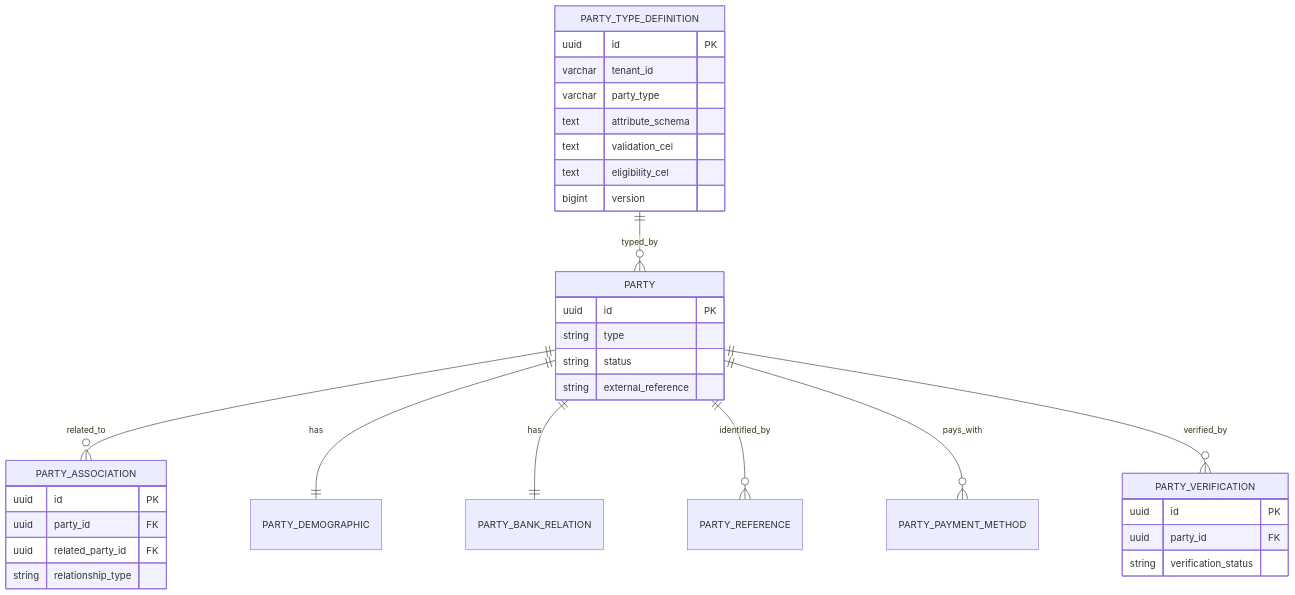
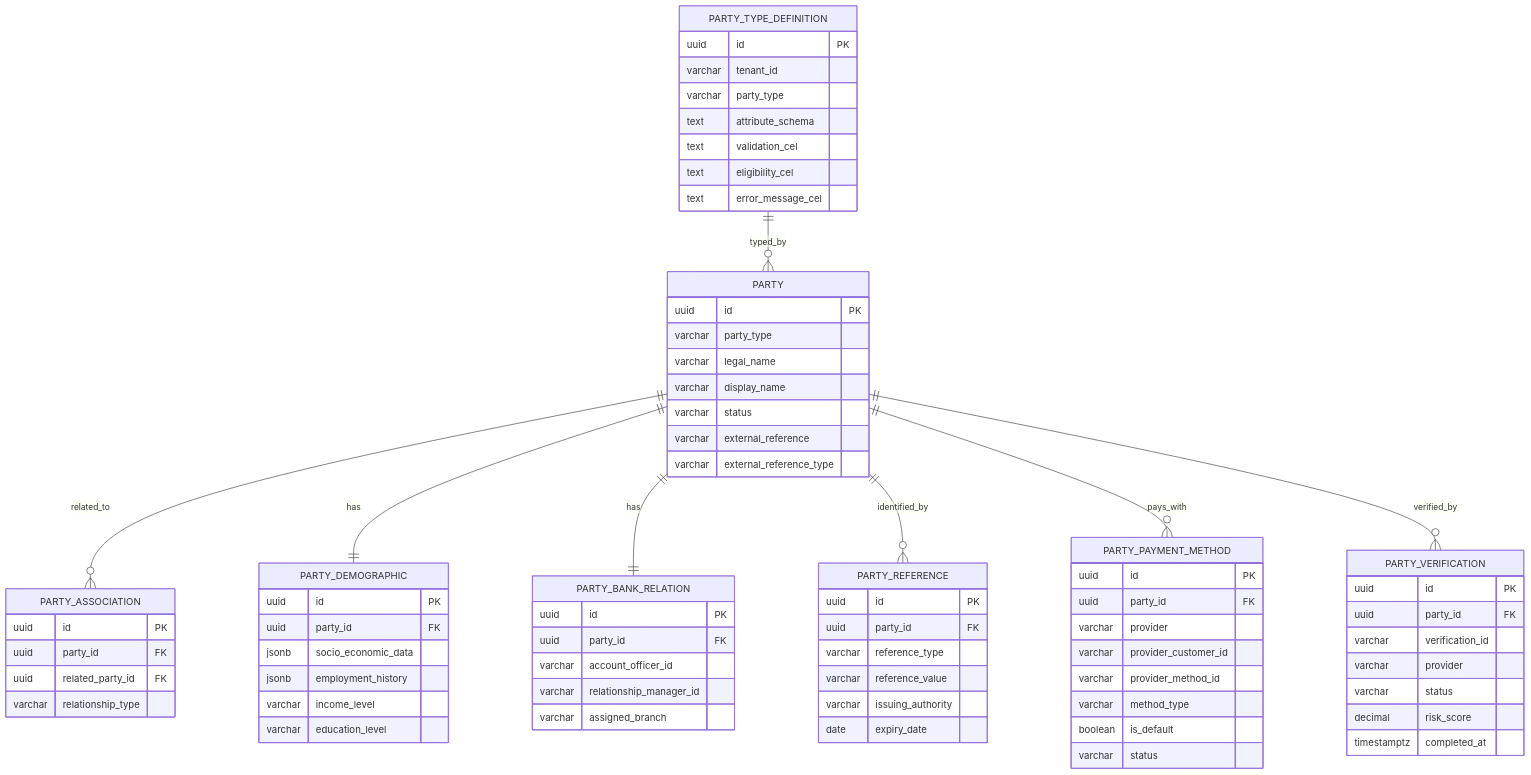
Before and after one commit to meridianhub/meridian: the second of 13 diagrams in docs/architecture/data-model.md, drawn with Mermaid. The commit also changed other lines of this file, not shown here.

First line of the commit message:
docs: Fill ER diagram attribute blocks with canonical schema

````diff
--- a/docs/architecture/data-model.md
+++ b/docs/architecture/data-model.md
@@ -285,36 +306,76 @@
 ```mermaid
 erDiagram
     PARTY ||--o{ PARTY_ASSOCIATION : related_to
     PARTY ||--|| PARTY_DEMOGRAPHIC : has
     PARTY ||--|| PARTY_BANK_RELATION : has
     PARTY ||--o{ PARTY_REFERENCE : identified_by
     PARTY ||--o{ PARTY_PAYMENT_METHOD : pays_with
     PARTY ||--o{ PARTY_VERIFICATION : verified_by
     PARTY_TYPE_DEFINITION ||--o{ PARTY : typed_by
     PARTY {
         uuid id PK
-        string type
-        string status
-        string external_reference
+        varchar party_type
+        varchar legal_name
+        varchar display_name
+        varchar status
+        varchar external_reference
+        varchar external_reference_type
     }
     PARTY_ASSOCIATION {
         uuid id PK
         uuid party_id FK
         uuid related_party_id FK
-        string relationship_type
+        varchar relationship_type
+    }
+    PARTY_DEMOGRAPHIC {
+        uuid id PK
+        uuid party_id FK
+        jsonb socio_economic_data
+        jsonb employment_history
+        varchar income_level
+        varchar education_level
+    }
+    PARTY_BANK_RELATION {
+        uuid id PK
+        uuid party_id FK
+        varchar account_officer_id
+        varchar relationship_manager_id
+        varchar assigned_branch
+    }
+    PARTY_REFERENCE {
+        uuid id PK
+        uuid party_id FK
+        varchar reference_type
+        varchar reference_value
+        varchar issuing_authority
+        date expiry_date
+    }
+    PARTY_PAYMENT_METHOD {
+        uuid id PK
+        uuid party_id FK
+        varchar provider
+        varchar provider_customer_id
+        varchar provider_method_id
+        varchar method_type
+        boolean is_default
+        varchar status
     }
     PARTY_VERIFICATION {
         uuid id PK
         uuid party_id FK
-        string verification_status
+        varchar verification_id
+        varchar provider
+        varchar status
+        decimal risk_score
+        timestamptz completed_at
     }
     PARTY_TYPE_DEFINITION {
         uuid id PK
         varchar tenant_id
         varchar party_type
         text attribute_schema
         text validation_cel
         text eligibility_cel
-        bigint version
+        text error_message_cel
     }
 ```
````
